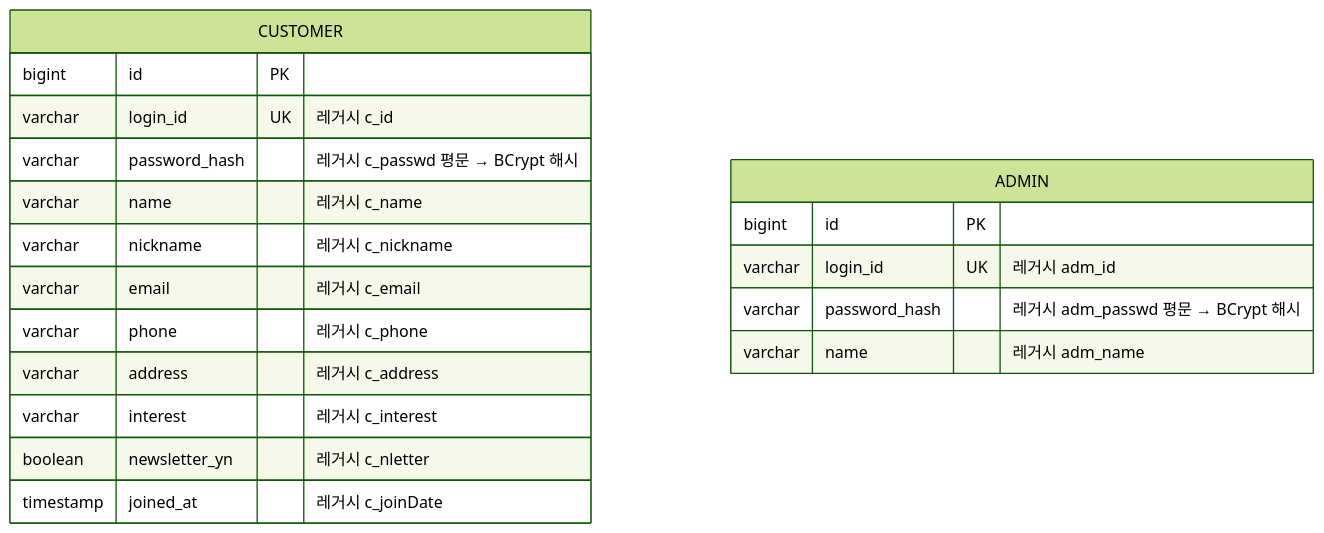
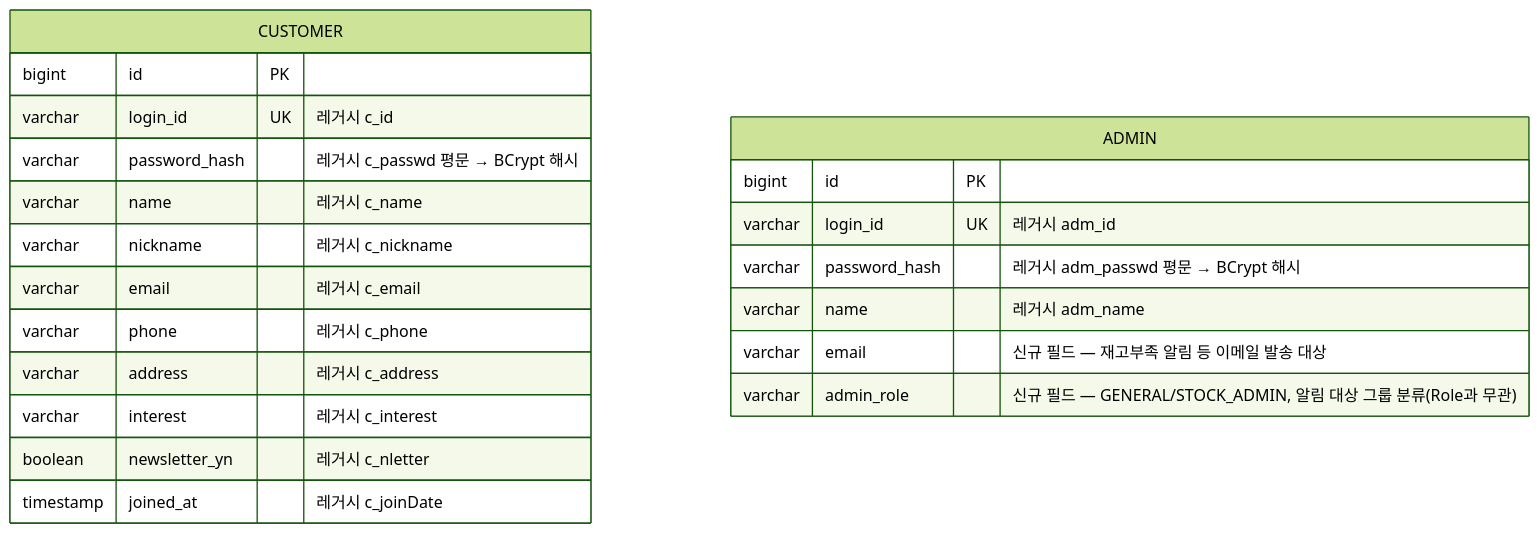
Before and after one commit to chzh2839/renew-DEV24: the first of 5 diagrams in docs/ERD.md, drawn with Mermaid (forest theme). The commit also changed other lines of this file and 24 other files, not shown here.

````diff
--- a/docs/ERD.md
+++ b/docs/ERD.md
@@ -9,22 +9,24 @@
 ```mermaid
 erDiagram
     CUSTOMER {
         bigint id PK
         varchar login_id UK "레거시 c_id"
         varchar password_hash "레거시 c_passwd 평문 → BCrypt 해시"
         varchar name "레거시 c_name"
         varchar nickname "레거시 c_nickname"
         varchar email "레거시 c_email"
         varchar phone "레거시 c_phone"
         varchar address "레거시 c_address"
         varchar interest "레거시 c_interest"
         boolean newsletter_yn "레거시 c_nletter"
         timestamp joined_at "레거시 c_joinDate"
     }
     ADMIN {
         bigint id PK
         varchar login_id UK "레거시 adm_id"
         varchar password_hash "레거시 adm_passwd 평문 → BCrypt 해시"
         varchar name "레거시 adm_name"
+        varchar email "신규 필드 — 재고부족 알림 등 이메일 발송 대상"
+        varchar admin_role "신규 필드 — GENERAL/STOCK_ADMIN, 알림 대상 그룹 분류(Role과 무관)"
     }
 ```
````
